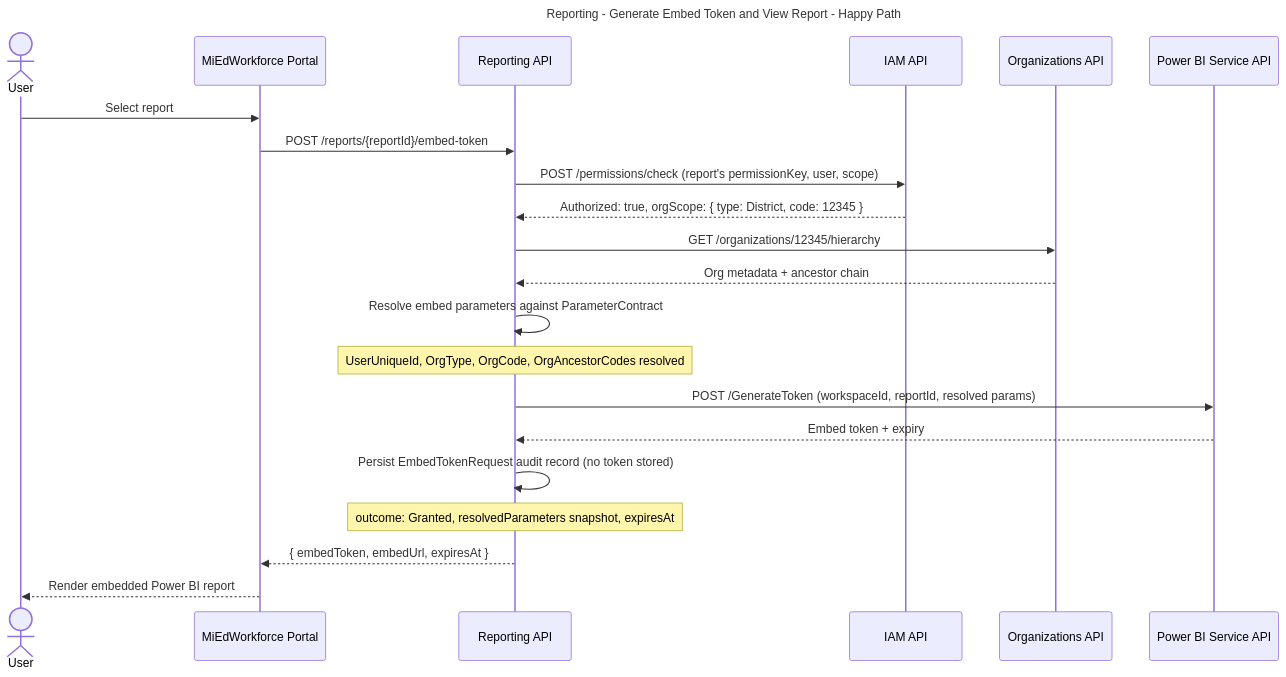
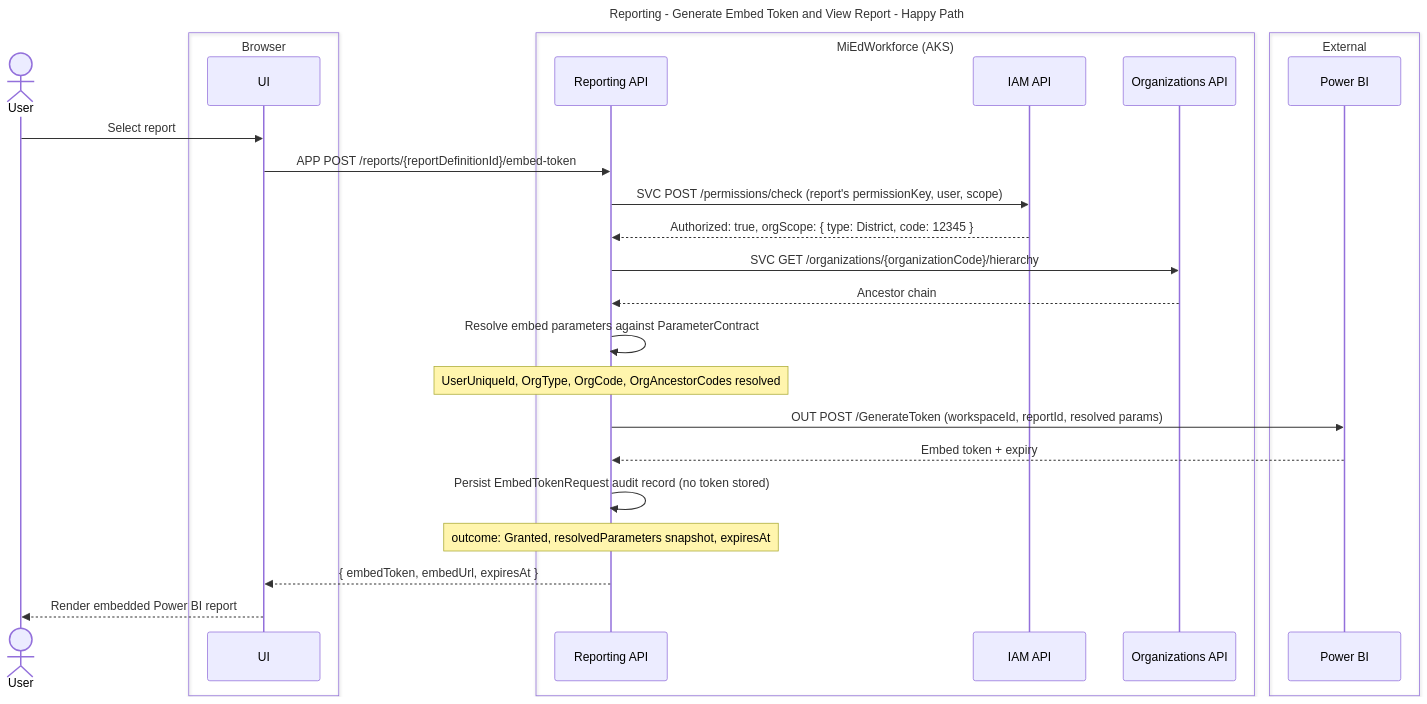
One commit to mnichols-dl/mied-design changed the second of 6 diagrams in working-docs/solution-areas/reporting/reporting-sequences.md. Above: the diagram before and after it, drawn with Mermaid. The commit also changed other lines of this file and 34 other files, not shown here.

Commit message:
Update sequences and perform RTM assessment

````diff
--- a/working-docs/solution-areas/reporting/reporting-sequences.md
+++ b/working-docs/solution-areas/reporting/reporting-sequences.md
@@ -66,33 +73,39 @@
 ```mermaid
 ---
 title: Reporting - Generate Embed Token and View Report - Happy Path
 ---
 sequenceDiagram
     actor User
-    participant Portal as MiEdWorkforce Portal
-    participant ReportingAPI as Reporting API
-    participant IAM as IAM API
-    participant OrgAPI as Organizations API
-    participant PowerBI as Power BI Service API
+    box Browser
+    participant UI as UI
+    end
+    box MiEdWorkforce (AKS)
+    participant ReportingApi as Reporting API
+    participant IamApi as IAM API
+    participant OrgApi as Organizations API
+    end
+    box External
+    participant PowerBi as Power BI
+    end
 
-    User->>Portal: Select report
-    Portal->>ReportingAPI: POST /reports/{reportId}/embed-token
+    User->>UI: Select report
+    UI->>ReportingApi: APP POST /reports/{reportDefinitionId}/embed-token
 
-    ReportingAPI->>IAM: POST /permissions/check (report's permissionKey, user, scope)
-    IAM-->>ReportingAPI: Authorized: true, orgScope: { type: District, code: 12345 }
+    ReportingApi->>IamApi: SVC POST /permissions/check (report's permissionKey, user, scope)
+    IamApi-->>ReportingApi: Authorized: true, orgScope: { type: District, code: 12345 }
 
-    ReportingAPI->>OrgAPI: GET /organizations/12345/hierarchy
-    OrgAPI-->>ReportingAPI: Org metadata + ancestor chain
+    ReportingApi->>OrgApi: SVC GET /organizations/{organizationCode}/hierarchy
+    OrgApi-->>ReportingApi: Ancestor chain
 
-    ReportingAPI->>ReportingAPI: Resolve embed parameters against ParameterContract
-    Note over ReportingAPI: UserUniqueId, OrgType, OrgCode, OrgAncestorCodes resolved
+    ReportingApi->>ReportingApi: Resolve embed parameters against ParameterContract
+    Note over ReportingApi: UserUniqueId, OrgType, OrgCode, OrgAncestorCodes resolved
 
-    ReportingAPI->>PowerBI: POST /GenerateToken (workspaceId, reportId, resolved params)
-    PowerBI-->>ReportingAPI: Embed token + expiry
+    ReportingApi->>PowerBi: OUT POST /GenerateToken (workspaceId, reportId, resolved params)
+    PowerBi-->>ReportingApi: Embed token + expiry
 
-    ReportingAPI->>ReportingAPI: Persist EmbedTokenRequest audit record (no token stored)
-    Note over ReportingAPI: outcome: Granted, resolvedParameters snapshot, expiresAt
+    ReportingApi->>ReportingApi: Persist EmbedTokenRequest audit record (no token stored)
+    Note over ReportingApi: outcome: Granted, resolvedParameters snapshot, expiresAt
 
-    ReportingAPI-->>Portal: { embedToken, embedUrl, expiresAt }
-    Portal-->>User: Render embedded Power BI report
+    ReportingApi-->>UI: { embedToken, embedUrl, expiresAt }
+    UI-->>User: Render embedded Power BI report
 ```
````
